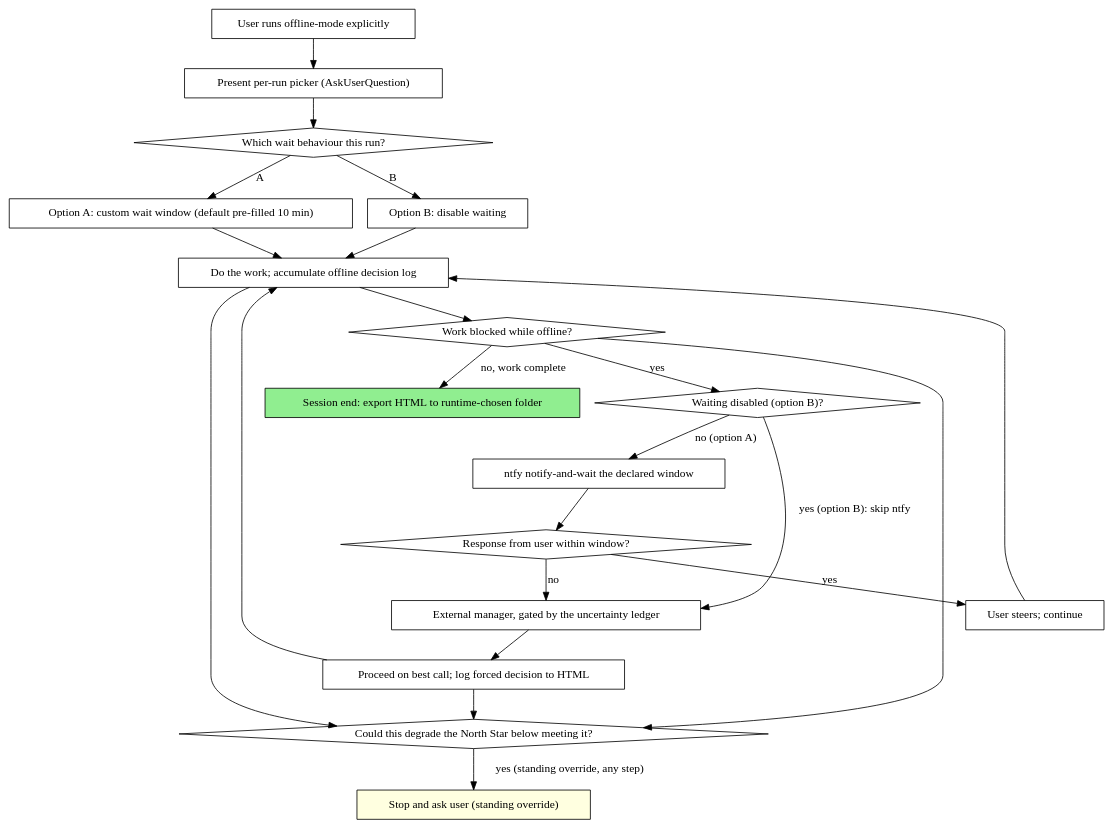
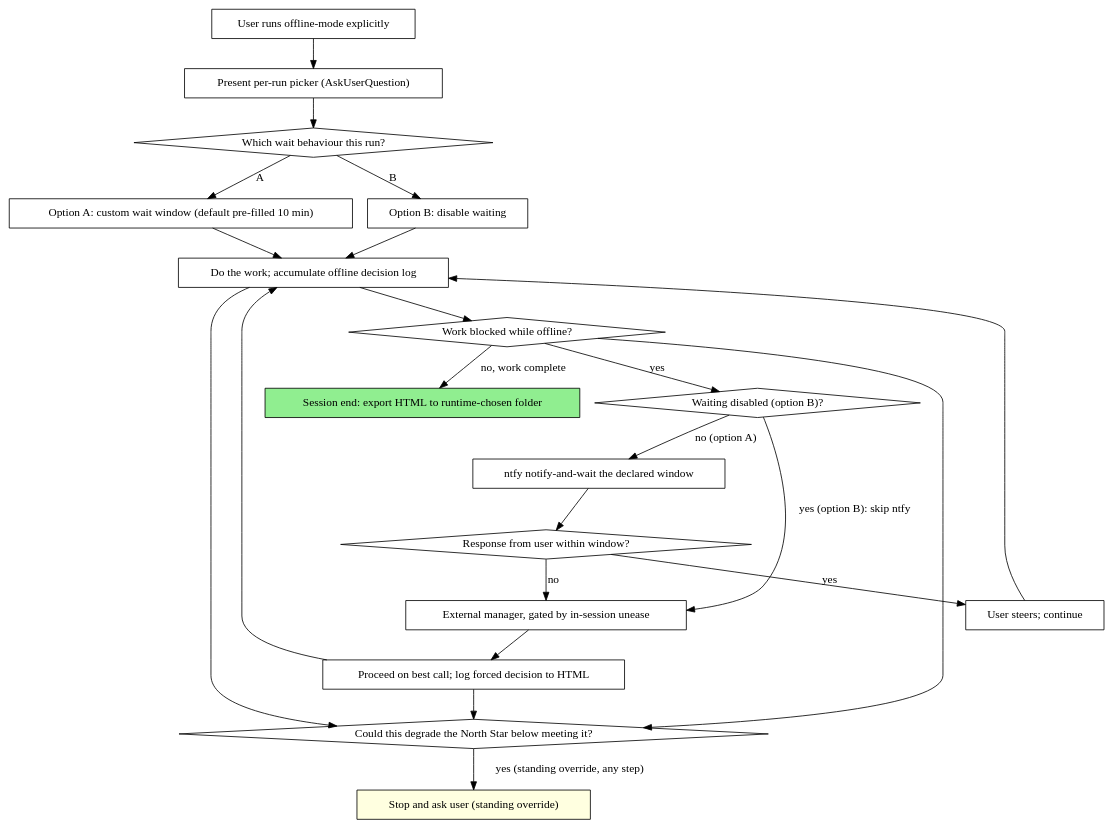
One commit to lujstn/playbook changed the diagram in skills/offline-mode/SKILL.md. Above: the diagram before and after it, drawn with Graphviz. The commit also changed other lines of this file and 1 other file, not shown here.

Commit message:
refactor: offline-mode gated by in-session unease, no ledger

````diff
--- a/skills/offline-mode/SKILL.md
+++ b/skills/offline-mode/SKILL.md
@@ -81,44 +81,44 @@
 ```dot
 digraph offline_mode {
     rankdir=TB;
     "User runs offline-mode explicitly" [shape=box];
     "Present per-run picker (AskUserQuestion)" [shape=box];
     "Which wait behaviour this run?" [shape=diamond];
     "Option A: custom wait window (default pre-filled 10 min)" [shape=box];
     "Option B: disable waiting" [shape=box];
     "Do the work; accumulate offline decision log" [shape=box];
     "Work blocked while offline?" [shape=diamond];
     "ntfy notify-and-wait the declared window" [shape=box];
     "Waiting disabled (option B)?" [shape=diamond];
     "Response from user within window?" [shape=diamond];
-    "External manager, gated by the uncertainty ledger" [shape=box];
+    "External manager, gated by in-session unease" [shape=box];
     "Proceed on best call; log forced decision to HTML" [shape=box];
     "User steers; continue" [shape=box];
     "Could this degrade the North Star below meeting it?" [shape=diamond];
     "Stop and ask user (standing override)" [shape=box style=filled fillcolor=lightyellow];
     "Session end: export HTML to runtime-chosen folder" [shape=box style=filled fillcolor=lightgreen];
 
     "User runs offline-mode explicitly" -> "Present per-run picker (AskUserQuestion)";
     "Present per-run picker (AskUserQuestion)" -> "Which wait behaviour this run?";
     "Which wait behaviour this run?" -> "Option A: custom wait window (default pre-filled 10 min)" [label="A"];
     "Which wait behaviour this run?" -> "Option B: disable waiting" [label="B"];
     "Option A: custom wait window (default pre-filled 10 min)" -> "Do the work; accumulate offline decision log";
     "Option B: disable waiting" -> "Do the work; accumulate offline decision log";
     "Do the work; accumulate offline decision log" -> "Work blocked while offline?";
     "Work blocked while offline?" -> "Waiting disabled (option B)?" [label="yes"];
     "Work blocked while offline?" -> "Session end: export HTML to runtime-chosen folder" [label="no, work complete"];
     "Waiting disabled (option B)?" -> "ntfy notify-and-wait the declared window" [label="no (option A)"];
-    "Waiting disabled (option B)?" -> "External manager, gated by the uncertainty ledger" [label="yes (option B): skip ntfy"];
+    "Waiting disabled (option B)?" -> "External manager, gated by in-session unease" [label="yes (option B): skip ntfy"];
     "ntfy notify-and-wait the declared window" -> "Response from user within window?";
     "Response from user within window?" -> "User steers; continue" [label="yes"];
-    "Response from user within window?" -> "External manager, gated by the uncertainty ledger" [label="no"];
-    "External manager, gated by the uncertainty ledger" -> "Proceed on best call; log forced decision to HTML";
+    "Response from user within window?" -> "External manager, gated by in-session unease" [label="no"];
+    "External manager, gated by in-session unease" -> "Proceed on best call; log forced decision to HTML";
     "User steers; continue" -> "Do the work; accumulate offline decision log";
     "Proceed on best call; log forced decision to HTML" -> "Do the work; accumulate offline decision log";
 
     "Do the work; accumulate offline decision log" -> "Could this degrade the North Star below meeting it?";
     "Work blocked while offline?" -> "Could this degrade the North Star below meeting it?";
     "Proceed on best call; log forced decision to HTML" -> "Could this degrade the North Star below meeting it?";
     "Could this degrade the North Star below meeting it?" -> "Stop and ask user (standing override)" [label="yes (standing override, any step)"];
 }
 ```
````
